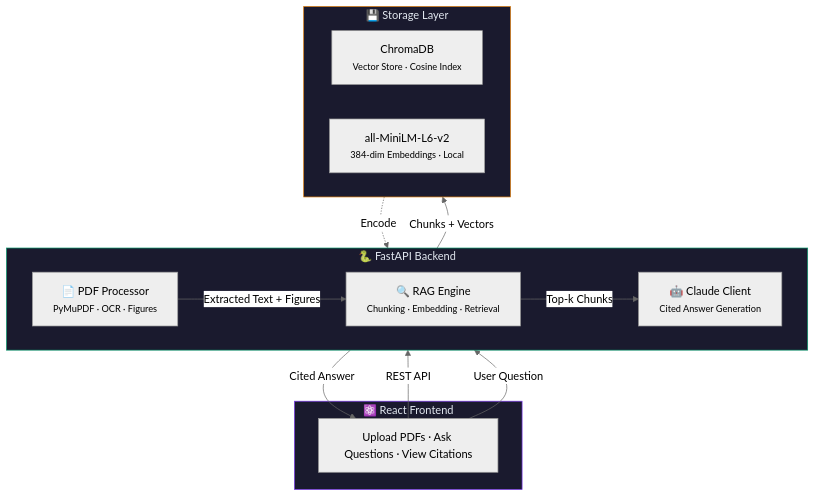
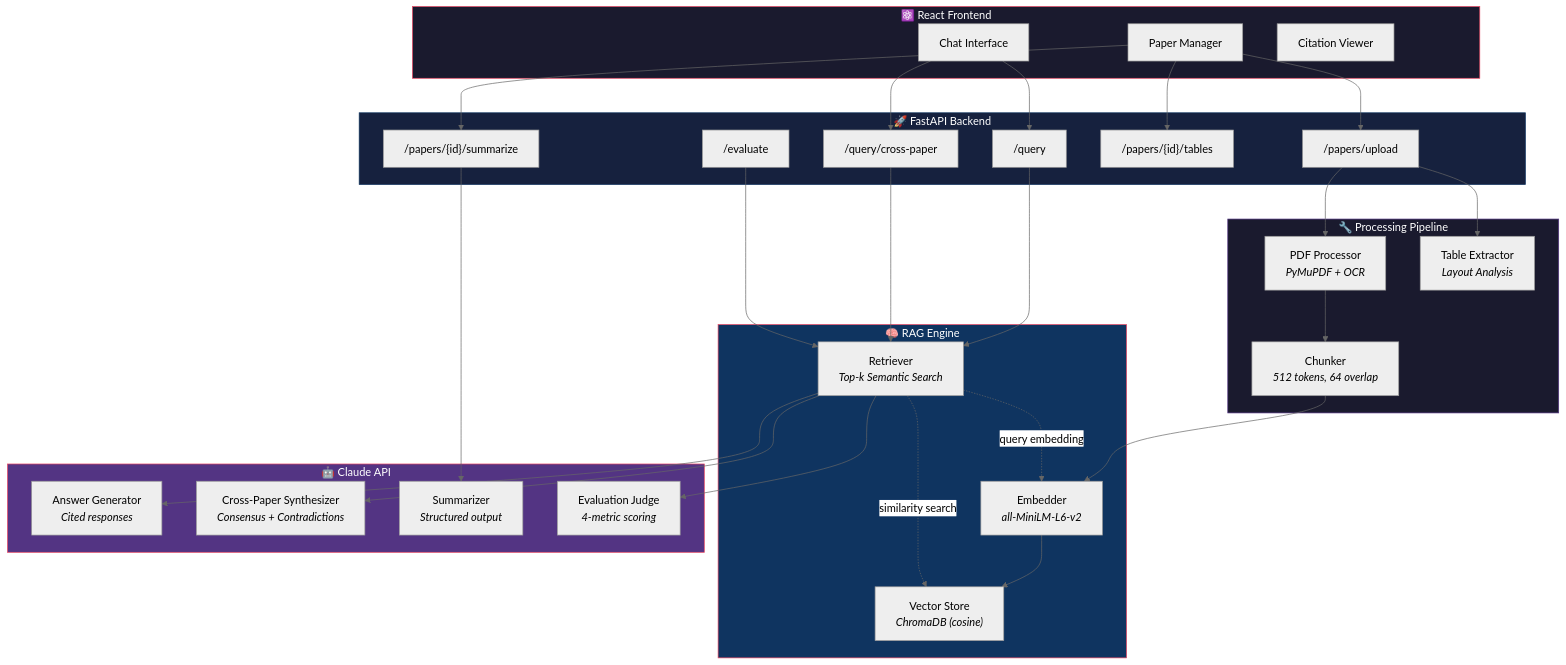
One commit to Lalitaditya-tickoo/ScholarMind changed the first of 3 diagrams in README.md. Above: the diagram before and after it, drawn with Mermaid (neutral theme). The commit also changed other lines of this file, not shown here.

Commit message:
docs: premium README with Mermaid architecture diagrams and eval pipeline docs

````diff
--- a/README.md
+++ b/README.md
@@ -78,31 +37,58 @@
 ```mermaid
-flowchart TB
-    subgraph Frontend["⚛️ React Frontend"]
-        UI[Upload PDFs · Ask Questions · View Citations]
+graph TB
+    subgraph Frontend ["⚛️ React Frontend"]
+        UI[Chat Interface]
+        PM[Paper Manager]
+        CV[Citation Viewer]
     end
 
-    subgraph Backend["🐍 FastAPI Backend"]
-        direction LR
-        PDF["📄 PDF Processor<br><small>PyMuPDF · OCR · Figures</small>"]
-        RAG["🔍 RAG Engine<br><small>Chunking · Embedding · Retrieval</small>"]
-        LLM["🤖 Claude Client<br><small>Cited Answer Generation</small>"]
+    subgraph API ["🚀 FastAPI Backend"]
+        UP["/papers/upload"]
+        QR["/query"]
+        CP["/query/cross-paper"]
+        SM["/papers/{id}/summarize"]
+        TB["/papers/{id}/tables"]
+        EV["/evaluate"]
     end
 
-    subgraph Storage["💾 Storage Layer"]
-        direction LR
-        VDB["ChromaDB<br><small>Vector Store · Cosine Index</small>"]
-        EMB["all-MiniLM-L6-v2<br><small>384-dim Embeddings · Local</small>"]
+    subgraph Processing ["🔧 Processing Pipeline"]
+        PDF[PDF Processor<br><i>PyMuPDF + OCR</i>]
+        TE[Table Extractor<br><i>Layout Analysis</i>]
+        CH[Chunker<br><i>512 tokens, 64 overlap</i>]
     end
 
-    UI -->|REST API| PDF
-    PDF -->|Extracted Text + Figures| RAG
-    RAG -->|Chunks + Vectors| VDB
-    EMB -.->|Encode| RAG
-    UI -->|User Question| RAG
-    RAG -->|Top-k Chunks| LLM
-    LLM -->|Cited Answer| UI
+    subgraph RAG ["🧠 RAG Engine"]
+        EMB["Embedder<br><i>all-MiniLM-L6-v2</i>"]
+        VS["Vector Store<br><i>ChromaDB (cosine)</i>"]
+        RET[Retriever<br><i>Top-k Semantic Search</i>]
+    end
 
-    style Frontend fill:#1a1a2e,stroke:#7c3aed,color:#e2e8f0
-    style Backend fill:#1a1a2e,stroke:#059669,color:#e2e8f0
-    style Storage fill:#1a1a2e,stroke:#d97706,color:#e2e8f0
+    subgraph LLM ["🤖 Claude API"]
+        ANS[Answer Generator<br><i>Cited responses</i>]
+        SYN[Cross-Paper Synthesizer<br><i>Consensus + Contradictions</i>]
+        SUM[Summarizer<br><i>Structured output</i>]
+        JDG[Evaluation Judge<br><i>4-metric scoring</i>]
+    end
+
+    UI --> QR
+    UI --> CP
+    PM --> UP
+    PM --> SM
+    PM --> TB
+
+    UP --> PDF --> CH --> EMB --> VS
+    UP --> TE
+    QR --> RET --> ANS
+    CP --> RET --> SYN
+    SM --> SUM
+    EV --> RET --> JDG
+
+    RET -.->|"query embedding"| EMB
+    RET -.->|"similarity search"| VS
+
+    style Frontend fill:#1a1a2e,stroke:#e94560,color:#fff
+    style API fill:#16213e,stroke:#0f3460,color:#fff
+    style Processing fill:#1a1a2e,stroke:#533483,color:#fff
+    style RAG fill:#0f3460,stroke:#e94560,color:#fff
+    style LLM fill:#533483,stroke:#e94560,color:#fff
 ```
````
